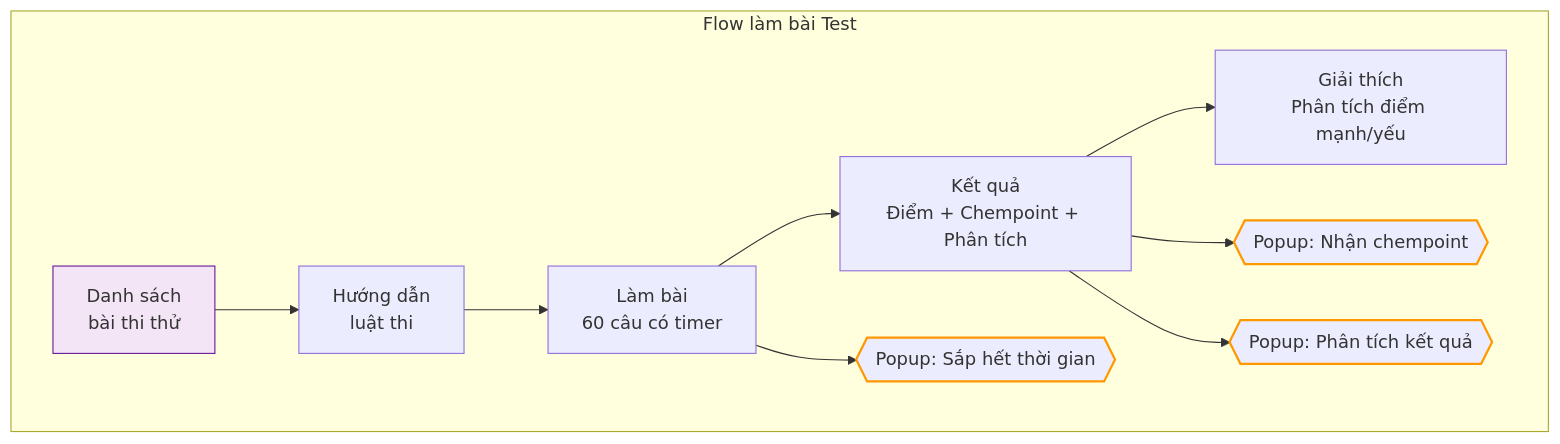
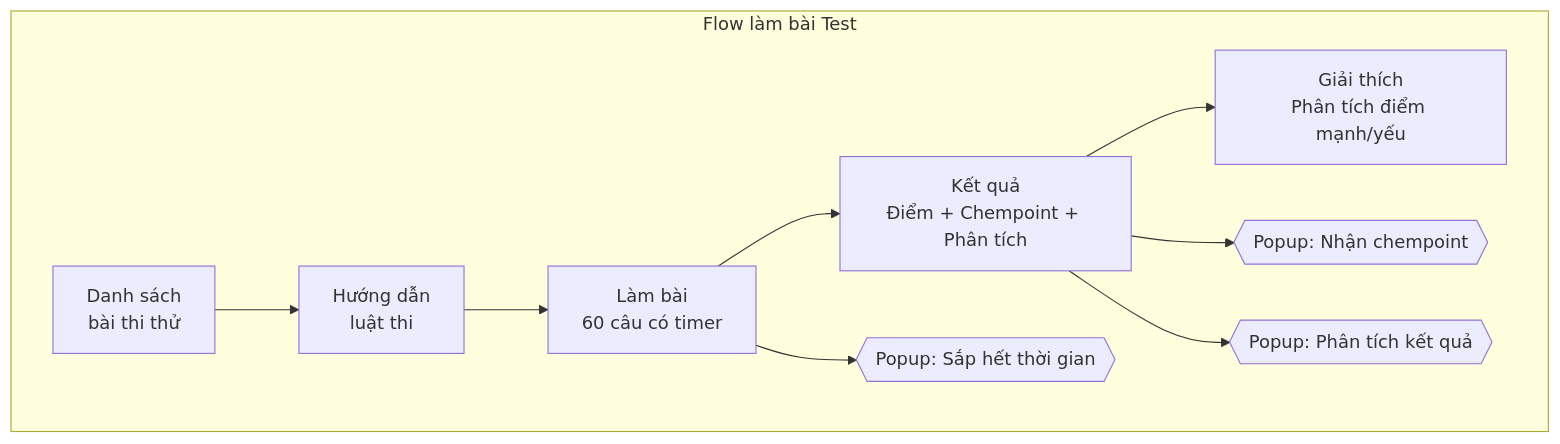
Before and after one commit to ongbadayhoa/study: the third of 5 diagrams in README.md, drawn with Mermaid. The commit also changed other lines of this file, not shown here.

````diff
--- a/README.md
+++ b/README.md
@@ -81,14 +77,12 @@
 ```mermaid
 flowchart TD
     subgraph TestFlow[Flow làm bài Test]
-        T1[Danh sách\nbài thi thử] --> T2[Hướng dẫn\nluật thi]
-        T2 --> T3[Làm bài\n60 câu có timer]
-        T3 --> T4[Kết quả\nĐiểm + Chempoint + Phân tích]
-        T4 --> T5[Giải thích\nPhân tích điểm mạnh/yếu]
-        T3 --> TP1{{Popup: Sắp hết thời gian}}:::popup
-        T4 --> TP2{{Popup: Nhận chempoint}}:::popup
-        T4 --> TP3{{Popup: Phân tích kết quả}}:::popup
-        style T1 fill:#f3e5f5,stroke:#6a1b9a
+        T1[Danh sách<br>bài thi thử] --> T2[Hướng dẫn<br>luật thi]
+        T2 --> T3[Làm bài<br>60 câu có timer]
+        T3 --> T4[Kết quả<br>Điểm + Chempoint + Phân tích]
+        T4 --> T5[Giải thích<br>Phân tích điểm mạnh/yếu]
+        T3 --> TP1{{Popup: Sắp hết thời gian}}
+        T4 --> TP2{{Popup: Nhận chempoint}}
+        T4 --> TP3{{Popup: Phân tích kết quả}}
     end
-    classDef popup stroke:#ff9800,stroke-width:2px;
 ```
````
